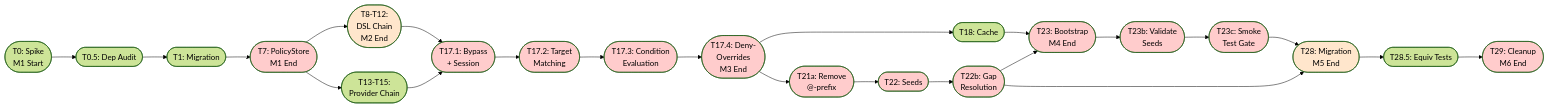
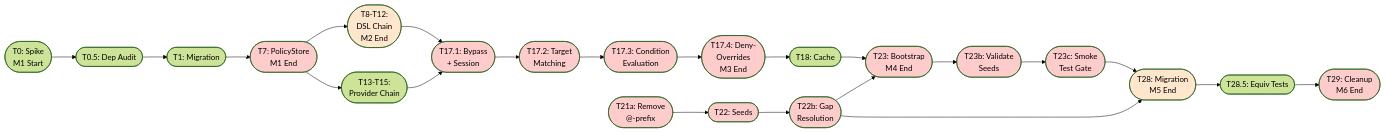
The first of 2 diagrams in docs/plans/2026-02-06-full-abac-implementation.md (holomush/holomush), drawn with Mermaid (forest theme) before and after one commit.

Commit message:
fix(plans): remove fabricated T17.4→T21a edge from simplified critical path
T21a (Remove @-prefix) has NO dependencies in the full dependency diagram,
the Phase 7.3 task description, or the dependency table. The Phase 7.3 plan
explicitly states "This task MAY be submitted as an independent PR before
or during Phase 7.3, as the @-prefix removal is a standalone codebase-wide
rename that does not depend on other ABAC infrastructure."

The simplified critical path diagram incorrectly showed T17.4→T21a, making
it appear that T21a depends on the policy engine. This is incorrect. T21a
is an independent task that only gates T22 (seed policies).

Changed simplified diagram to show T21a as a standalone node with no
incoming edges, preserving only the outgoing T21a→T22 edge.

````diff
--- a/docs/plans/2026-02-06-full-abac-implementation.md
+++ b/docs/plans/2026-02-06-full-abac-implementation.md
@@ -105,43 +105,43 @@
 ```mermaid
 graph LR
     T0([T0: Spike<br/>M1 Start]) --> T0_5([T0.5: Dep Audit])
     T0_5 --> T1([T1: Migration])
     T1 --> T7([T7: PolicyStore<br/>M1 End])
 
     T7 --> T8_12([T8-T12:<br/>DSL Chain<br/>M2 End])
     T7 --> T13_15([T13-T15:<br/>Provider Chain])
 
     T8_12 --> T17_1([T17.1: Bypass<br/>+ Session])
     T13_15 --> T17_1
     T17_1 --> T17_2([T17.2: Target<br/>Matching])
     T17_2 --> T17_3([T17.3: Condition<br/>Evaluation])
     T17_3 --> T17_4([T17.4: Deny-<br/>Overrides<br/>M3 End])
 
     T17_4 --> T18([T18: Cache])
-    T17_4 --> T21a([T21a: Remove<br/>@-prefix])
     T18 --> T23([T23: Bootstrap<br/>M4 End])
+    T21a([T21a: Remove<br/>@-prefix])
     T21a --> T22([T22: Seeds])
     T22 --> T22b([T22b: Gap<br/>Resolution])
     T22b --> T23
     T22b --> T28
     T23 --> T23b([T23b: Validate<br/>Seeds])
     T23b --> T23c([T23c: Smoke<br/>Test Gate])
     T23c --> T28([T28: Migration<br/>M5 End])
     T28 --> T28_5([T28.5: Equiv Tests])
     T28_5 --> T29([T29: Cleanup<br/>M6 End])
 
     style T7 fill:#ffcccc
     style T8_12 fill:#ffe6cc
     style T17_1 fill:#ffcccc
     style T17_2 fill:#ffcccc
     style T17_3 fill:#ffcccc
     style T17_4 fill:#ffcccc
     style T21a fill:#ffcccc
     style T22 fill:#ffcccc
     style T22b fill:#ffcccc
     style T23 fill:#ffcccc
     style T23b fill:#ffcccc
     style T23c fill:#ffcccc
     style T28 fill:#ffe6cc
     style T29 fill:#ffcccc
 ```
````
